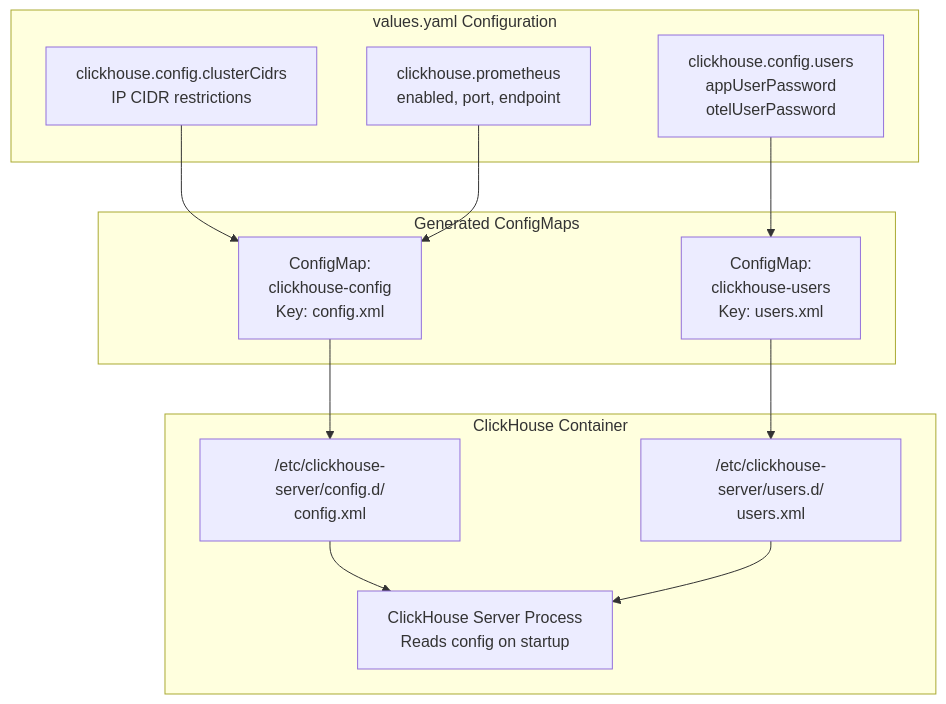
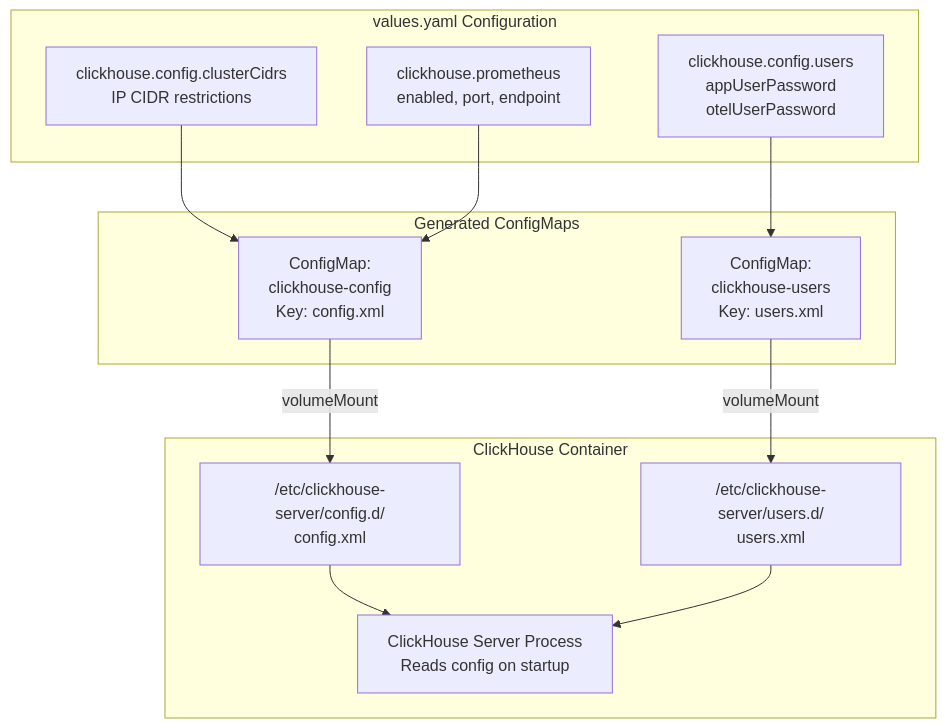
The third of 5 diagrams in docs/hyperdxio-helm-charts-docs/Configuration-Reference.md (openchoreo/openchoreo), drawn with Mermaid before and after one commit. The commit also changed other lines of this file and 85 other files, not shown here.

Commit message:
feat: Add new workflow and specification templates, update Helm chart dependencies, and clarify documentation diagrams.

````diff
--- a/docs/hyperdxio-helm-charts-docs/Configuration-Reference.md
+++ b/docs/hyperdxio-helm-charts-docs/Configuration-Reference.md
@@ -436,37 +436,37 @@
 ```mermaid
 flowchart TD
 
 ClusterCidrs["clickhouse.config.clusterCidrs<br>IP CIDR restrictions"]
 Users["clickhouse.config.users<br>appUserPassword<br>otelUserPassword"]
 Prometheus["clickhouse.prometheus<br>enabled, port, endpoint"]
 CHConfig["ConfigMap:<br>clickhouse-config<br>Key: config.xml"]
 CHUsers["ConfigMap:<br>clickhouse-users<br>Key: users.xml"]
 ConfigDir["/etc/clickhouse-server/config.d/<br>config.xml"]
 UsersDir["/etc/clickhouse-server/users.d/<br>users.xml"]
 CHServer["ClickHouse Server Process<br>Reads config on startup"]
 
 ClusterCidrs --> CHConfig
 Prometheus --> CHConfig
 Users --> CHUsers
-CHConfig --> ConfigDir
-CHUsers --> UsersDir
+CHConfig -->|"volumeMount"| ConfigDir
+CHUsers -->|"volumeMount"| UsersDir
 
 subgraph subGraph2 ["ClickHouse Container"]
     ConfigDir
     UsersDir
     CHServer
     ConfigDir --> CHServer
     UsersDir --> CHServer
 end
 
 subgraph subGraph1 ["Generated ConfigMaps"]
     CHConfig
     CHUsers
 end
 
 subgraph subGraph0 ["values.yaml Configuration"]
     ClusterCidrs
     Users
     Prometheus
 end
 ```
````
